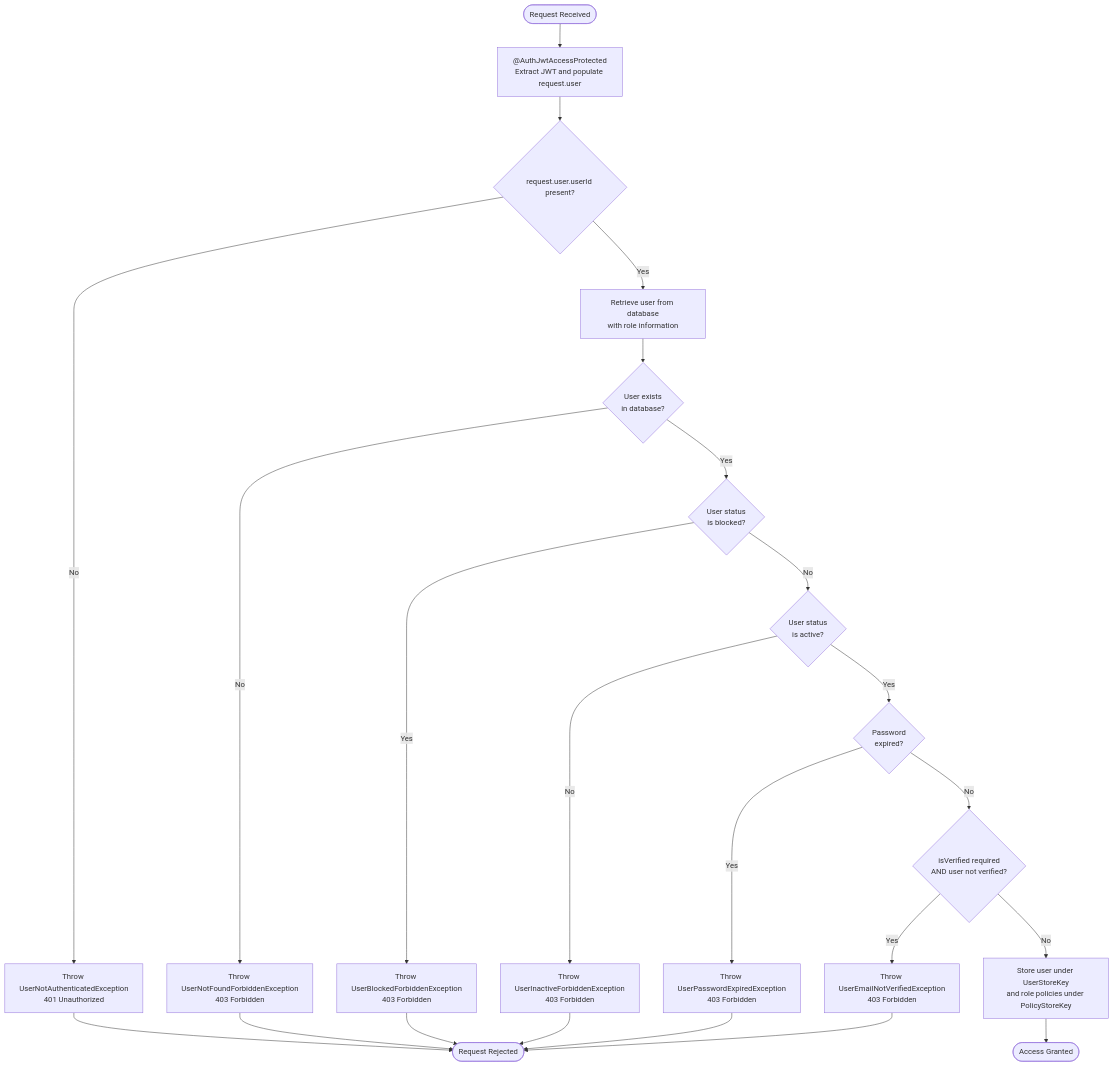
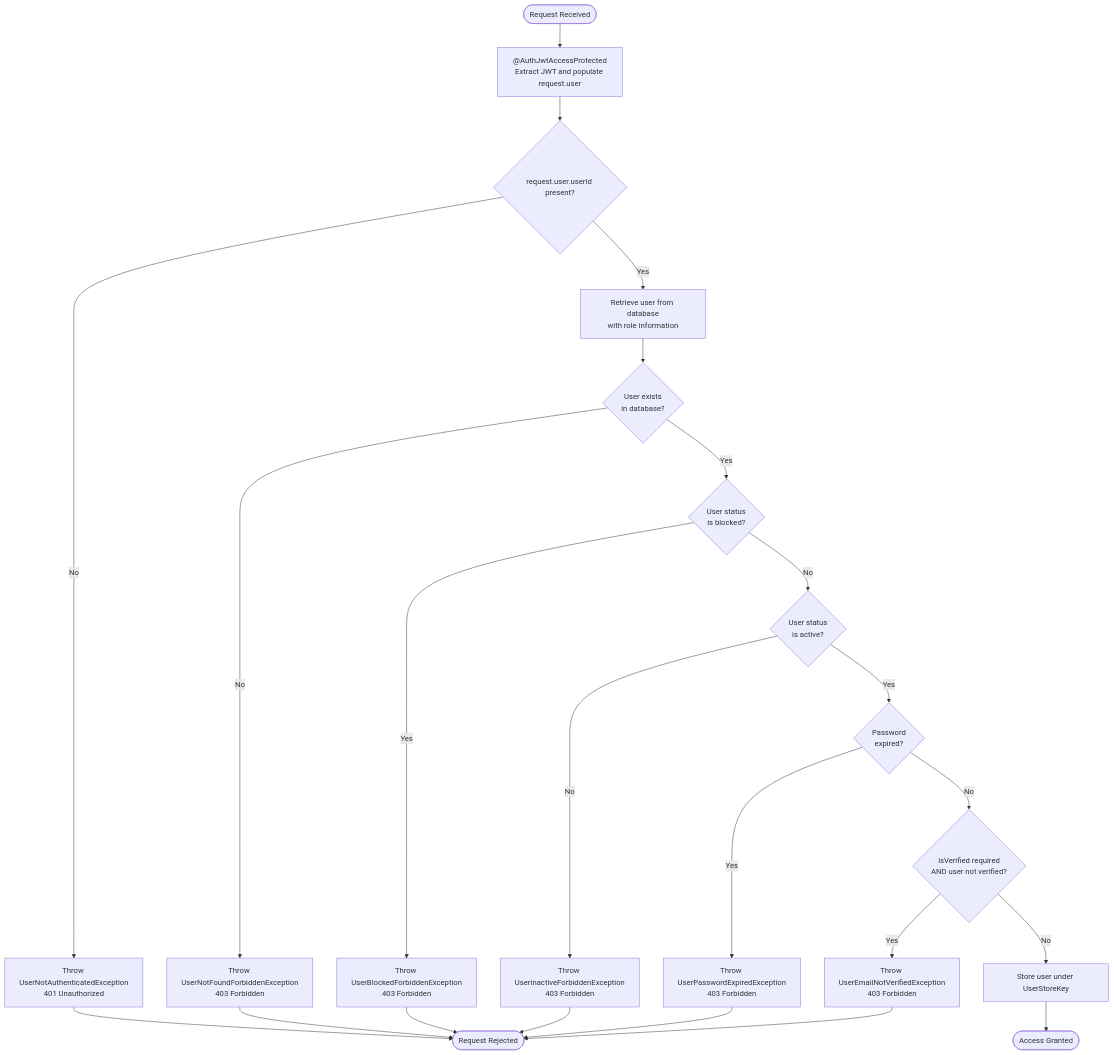
Before and after one commit to andrechristikan/ack-nestjs-boilerplate: the first of 5 diagrams in docs/authorization.md, drawn with Mermaid. The commit also changed other lines of this file and 125 other files, not shown here.

````diff
--- a/docs/authorization.md
+++ b/docs/authorization.md
@@ -166,32 +173,32 @@
 ```mermaid
 flowchart TD
     Start([Request Received]) --> JwtGuard[ @AuthJwtAccessProtected<br/>Extract JWT and populate request.user]
     JwtGuard --> CheckAuth{request.user.userId present?}
     CheckAuth -->|No| ErrorAuth[Throw UserNotAuthenticatedException<br/>401 Unauthorized]
     CheckAuth -->|Yes| LookupUser[Retrieve user from database<br/>with role information]
     
     LookupUser --> UserExists{User exists<br/>in database?}
     UserExists -->|No| ErrorNotFound[Throw UserNotFoundForbiddenException<br/>403 Forbidden]
     UserExists -->|Yes| CheckBlocked{User status<br/>is blocked?}
     
     CheckBlocked -->|Yes| ErrorBlocked[Throw UserBlockedForbiddenException<br/>403 Forbidden]
     CheckBlocked -->|No| CheckStatus{User status<br/>is active?}
     
     CheckStatus -->|No| ErrorInactive[Throw UserInactiveForbiddenException<br/>403 Forbidden]
     CheckStatus -->|Yes| CheckPassword{Password<br/>expired?}
     
     CheckPassword -->|Yes| ErrorPassword[Throw UserPasswordExpiredException<br/>403 Forbidden]
     CheckPassword -->|No| CheckVerified{isVerified required<br/>AND user not verified?}
     
     CheckVerified -->|Yes| ErrorVerified[Throw UserEmailNotVerifiedException<br/>403 Forbidden]
-    CheckVerified -->|No| SetUser[Store user under UserStoreKey<br/>and role policies under PolicyStoreKey]
+    CheckVerified -->|No| SetUser[Store user under UserStoreKey]
     
     SetUser --> Success([Access Granted])
     
     ErrorAuth --> End([Request Rejected])
     ErrorNotFound --> End
     ErrorBlocked --> End
     ErrorInactive --> End
     ErrorPassword --> End
     ErrorVerified --> End
 ```
````
